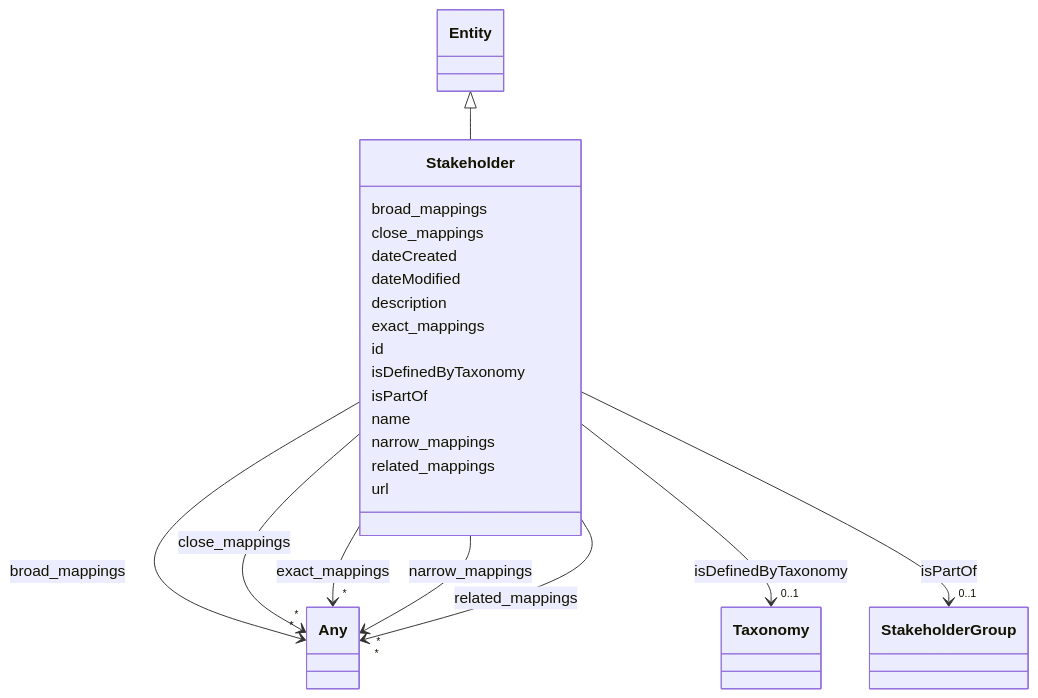
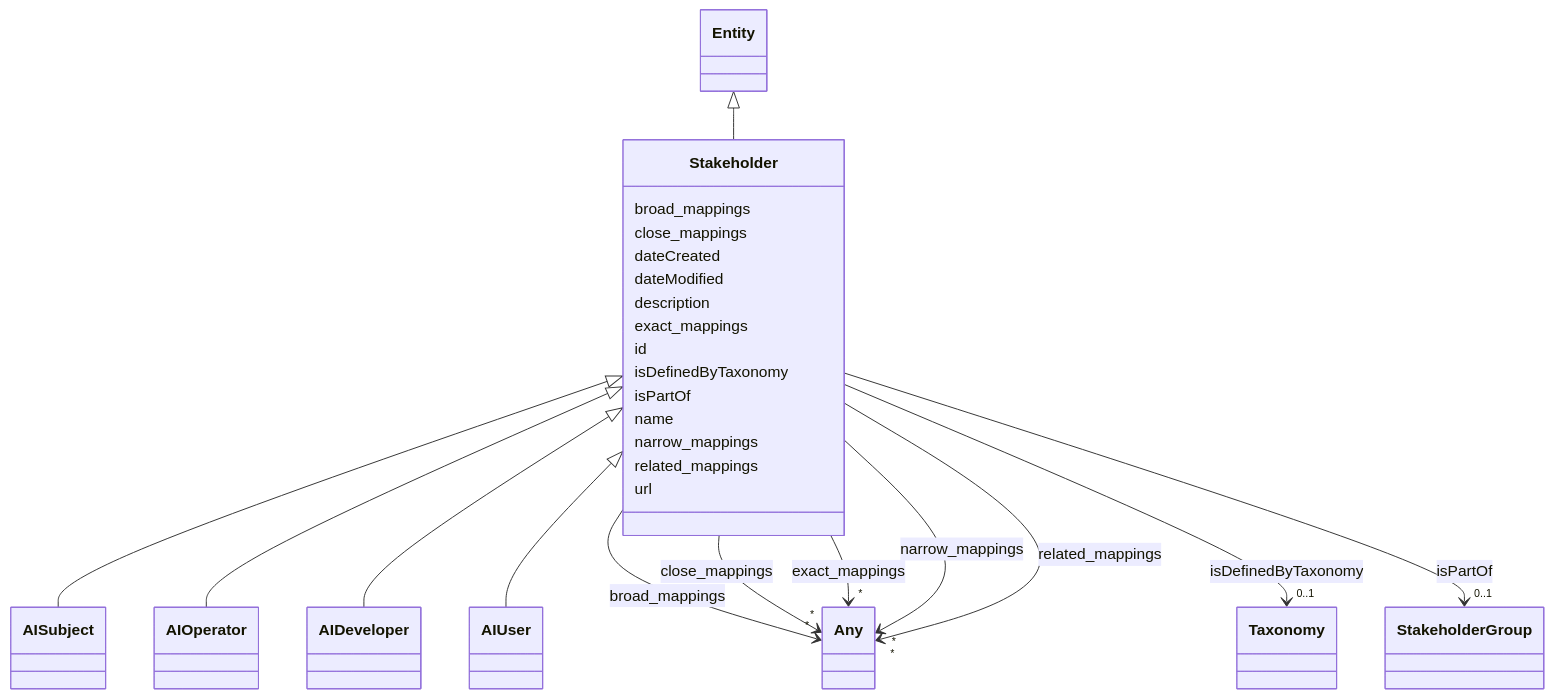
The diagram in docs/ontology/Stakeholder.md (IBM/ai-atlas-nexus), drawn with Mermaid before and after one commit. The commit also changed other lines of this file and 138 other files, not shown here.

```diff
--- a/docs/ontology/Stakeholder.md
+++ b/docs/ontology/Stakeholder.md
@@ -10,6 +10,17 @@
     click Stakeholder href "../Stakeholder/"
       Entity <|-- Stakeholder
         click Entity href "../Entity/"
+
+
+      Stakeholder <|-- AISubject
+        click AISubject href "../AISubject/"
+      Stakeholder <|-- AIOperator
+        click AIOperator href "../AIOperator/"
+      Stakeholder <|-- AIDeveloper
+        click AIDeveloper href "../AIDeveloper/"
+      Stakeholder <|-- AIUser
+        click AIUser href "../AIUser/"
+
 
       Stakeholder : broad_mappings
 
```
